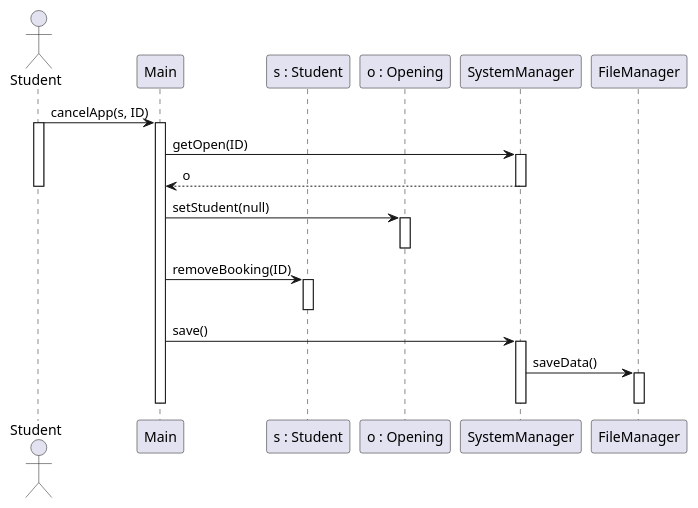
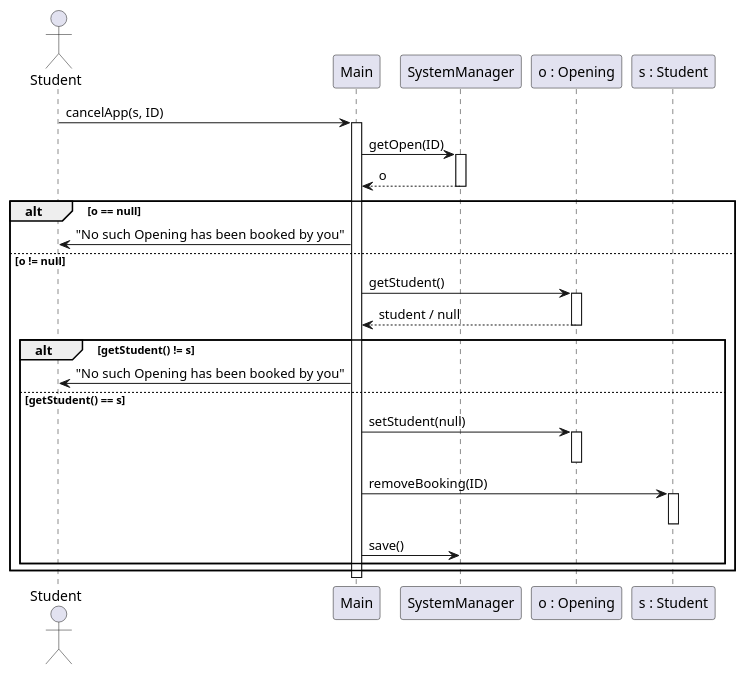
Before and after one commit to localhost433/OOPFinalProject: the diagram in docs/cancel-appointment-sequence.puml, drawn with PlantUML. The commit also changed 10 other files, not shown here.

Commit message:
seq diagrams

```diff
--- a/docs/cancel-appointment-sequence.puml
+++ b/docs/cancel-appointment-sequence.puml
@@ -1,39 +1,44 @@
 @startuml cancel-appointment-sequence
-' Sequence diagram — Student cancels an appointment (Main.cancelApp)
+' Sequence diagram — Student cancels an opening (Main.cancelApp)
 
 actor Student as student
 
 participant "Main" as main
+participant "SystemManager" as sys
+participant "o : Opening" as open
 participant "s : Student" as sObj
-participant "o : Opening" as open
-participant "SystemManager" as sys
-participant "FileManager" as file
 
 student -> main : cancelApp(s, ID)
-activate student
 activate main
 
 main -> sys : getOpen(ID)
 activate sys
 sys --> main : o
 deactivate sys
-deactivate student
 
-main -> open : setStudent(null)
-activate open
-deactivate open
+alt o == null
+    main -> student : "No such Opening has been booked by you"
+else o != null
+    main -> open : getStudent()
+    activate open
+    open --> main : student / null
+    deactivate open
 
-main -> sObj : removeBooking(ID)
-activate sObj
-deactivate sObj
+    alt getStudent() != s
+        main -> student : "No such Opening has been booked by you"
+    else getStudent() == s
+        main -> open : setStudent(null)
+        activate open
+        deactivate open
 
-main -> sys : save()
-activate sys
-sys -> file : saveData()
-activate file
-deactivate file
-deactivate sys
+        main -> sObj : removeBooking(ID)
+        activate sObj
+        deactivate sObj
+
+        main -> sys : save()
+    end
+end
 
 deactivate main
 
 @enduml
```
